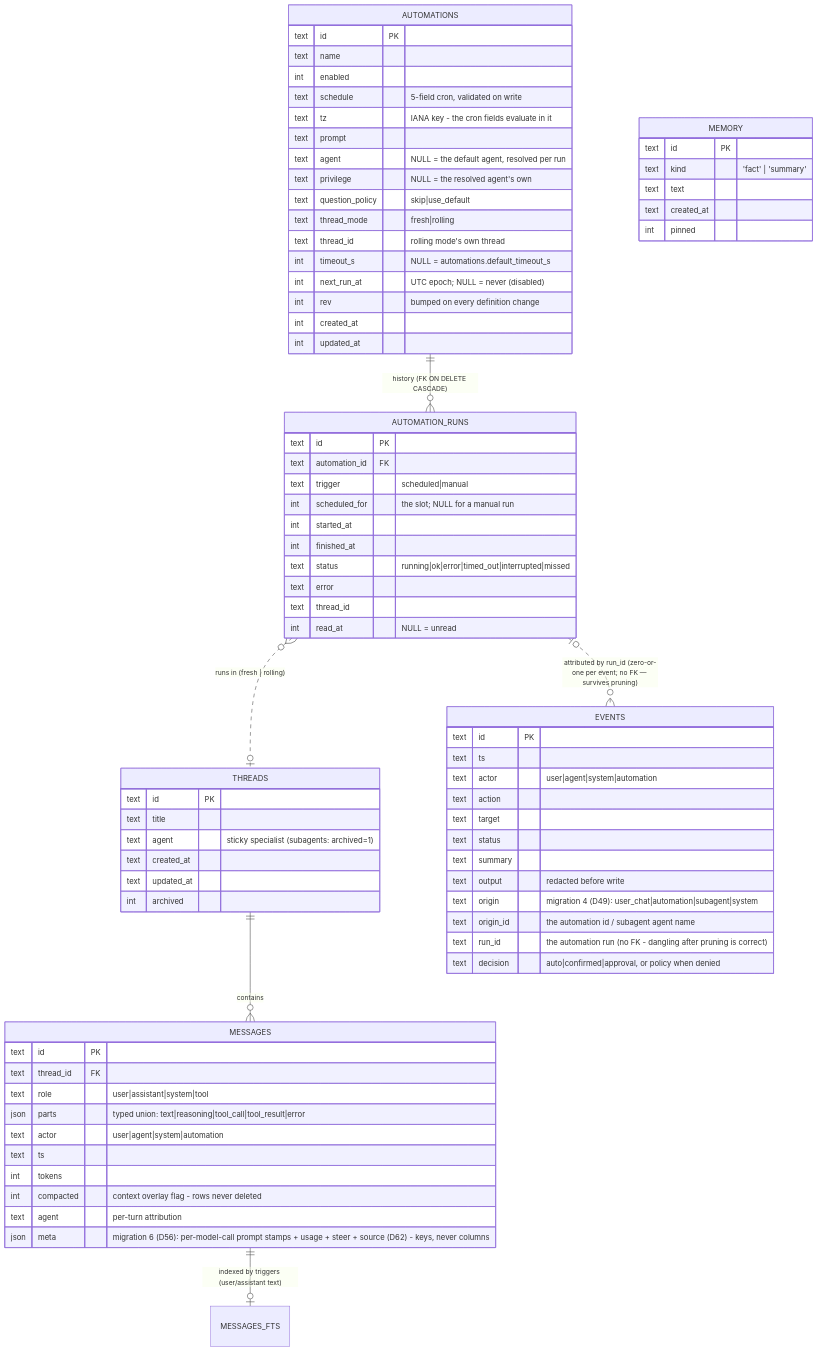
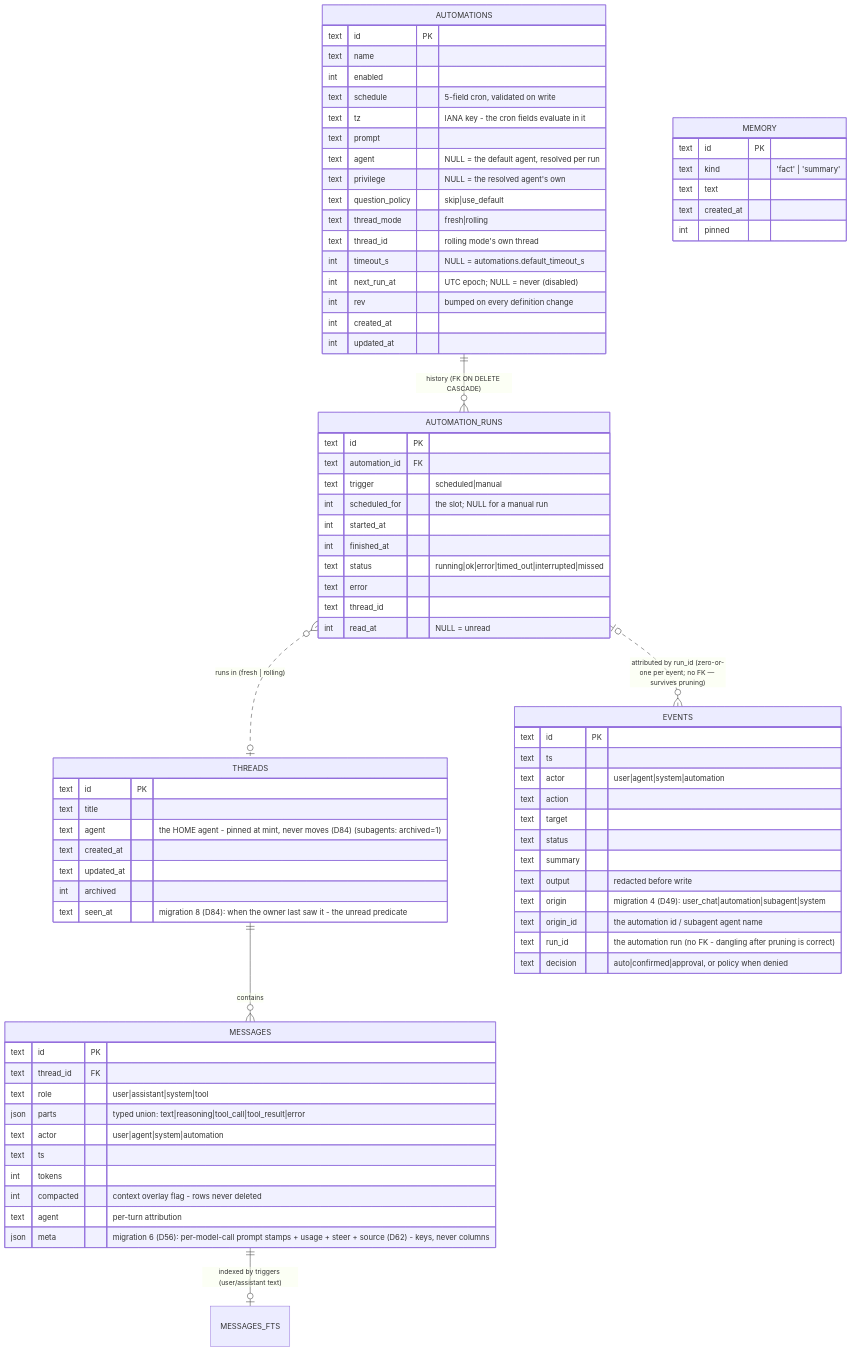
The tenth of 11 diagrams in docs/SPEC.md (nengoxx/ctrl-b), drawn with Mermaid before and after one commit. The commit also changed other lines of this file and 18 other files, not shown here.

````diff
--- a/docs/SPEC.md
+++ b/docs/SPEC.md
@@ -378,79 +378,80 @@
 ```mermaid
 erDiagram
     THREADS ||--o{ MESSAGES : contains
     MESSAGES ||--o| MESSAGES_FTS : "indexed by triggers (user/assistant text)"
     AUTOMATIONS ||--o{ AUTOMATION_RUNS : "history (FK ON DELETE CASCADE)"
     AUTOMATION_RUNS }o..o| THREADS : "runs in (fresh | rolling)"
     AUTOMATION_RUNS |o..o{ EVENTS : "attributed by run_id (zero-or-one per event; no FK — survives pruning)"
     THREADS {
         text id PK
         text title
-        text agent "sticky specialist (subagents: archived=1)"
+        text agent "the HOME agent - pinned at mint, never moves (D84) (subagents: archived=1)"
         text created_at
         text updated_at
         int archived
+        text seen_at "migration 8 (D84): when the owner last saw it - the unread predicate"
     }
     MESSAGES {
         text id PK
         text thread_id FK
         text role "user|assistant|system|tool"
         json parts "typed union: text|reasoning|tool_call|tool_result|error"
         text actor "user|agent|system|automation"
         text ts
         int tokens
         int compacted "context overlay flag - rows never deleted"
         text agent "per-turn attribution"
         json meta "migration 6 (D56): per-model-call prompt stamps + usage + steer + source (D62) - keys, never columns"
     }
     EVENTS {
         text id PK
         text ts
         text actor "user|agent|system|automation"
         text action
         text target
         text status
         text summary
         text output "redacted before write"
         text origin "migration 4 (D49): user_chat|automation|subagent|system"
         text origin_id "the automation id / subagent agent name"
         text run_id "the automation run (no FK - dangling after pruning is correct)"
         text decision "auto|confirmed|approval, or policy when denied"
     }
     AUTOMATIONS {
         text id PK
         text name
         int enabled
         text schedule "5-field cron, validated on write"
         text tz "IANA key - the cron fields evaluate in it"
         text prompt
         text agent "NULL = the default agent, resolved per run"
         text privilege "NULL = the resolved agent's own"
         text question_policy "skip|use_default"
         text thread_mode "fresh|rolling"
         text thread_id "rolling mode's own thread"
         int timeout_s "NULL = automations.default_timeout_s"
         int next_run_at "UTC epoch; NULL = never (disabled)"
         int rev "bumped on every definition change"
         int created_at
         int updated_at
     }
     AUTOMATION_RUNS {
         text id PK
         text automation_id FK
         text trigger "scheduled|manual"
         int scheduled_for "the slot; NULL for a manual run"
         int started_at
         int finished_at
         text status "running|ok|error|timed_out|interrupted|missed"
         text error
         text thread_id
         int read_at "NULL = unread"
     }
     MEMORY {
         text id PK
         text kind "'fact' | 'summary'"
         text text
         text created_at
         int pinned
     }
 ```
````
